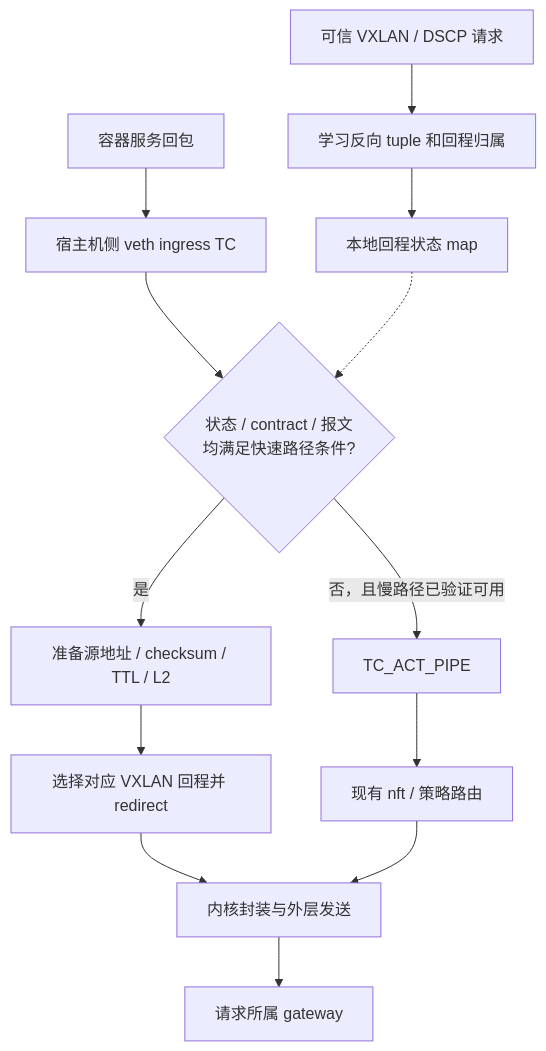
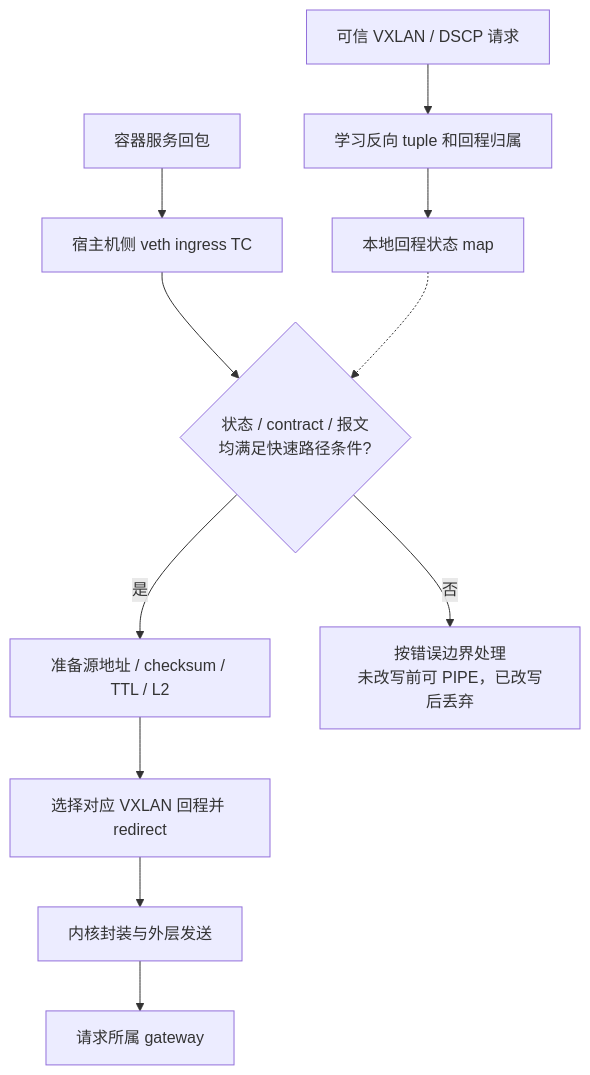
Before and after one commit to octays/edge-lb: the second of 3 diagrams in docs/backend-return-path-optimization-plan.md, drawn with Mermaid. The commit also changed other lines of this file and 24 other files, not shown here.

````diff
--- a/docs/backend-return-path-optimization-plan.md
+++ b/docs/backend-return-path-optimization-plan.md
@@ -95,15 +105,13 @@
 ```mermaid
 flowchart TD
     REQUEST[可信 VXLAN / DSCP 请求] --> LEARN[学习反向 tuple 和回程归属]
     LEARN --> MAP[本地回程状态 map]
     APP[容器服务回包] --> VETH[宿主机侧 veth ingress TC]
     VETH --> CHECK{状态 / contract / 报文<br/>均满足快速路径条件?}
     MAP -.-> CHECK
     CHECK -->|是| PREP[准备源地址 / checksum / TTL / L2]
     PREP --> TUNNEL[选择对应 VXLAN 回程并 redirect]
     TUNNEL --> OUT[内核封装与外层发送]
     OUT --> GW[请求所属 gateway]
-    CHECK -->|否，且慢路径已验证可用| PIPE[TC_ACT_PIPE]
-    PIPE --> OLD[现有 nft / 策略路由]
-    OLD --> OUT
+    CHECK -->|否| DROP_OR_PIPE[按错误边界处理<br/>未改写前可 PIPE，已改写后丢弃]
 ```
````
